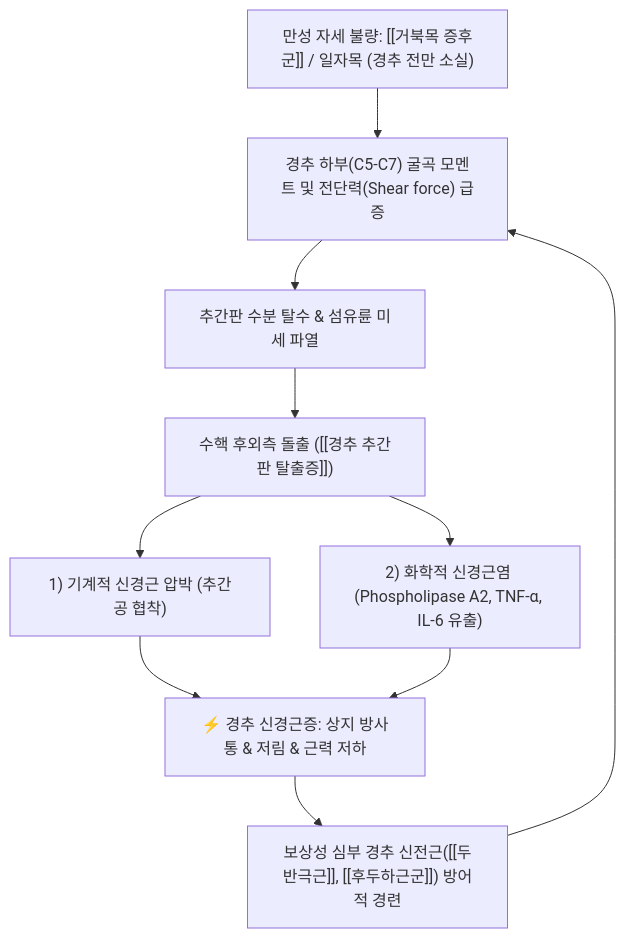
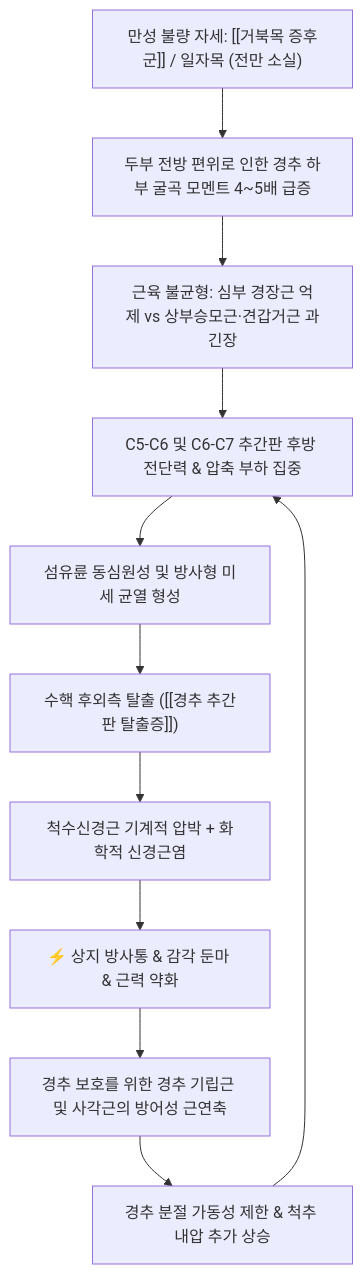
One commit to simbio11/simbio-digital-garden2 changed the second of 3 diagrams in content/3. 이론 공부/질환/근골격계 질환/척추/경추 추간판 탈출증.md. Above: the diagram before and after it, drawn with Mermaid. The commit also changed other lines of this file and 350 other files, not shown here.

````diff
--- a/content/3. 이론 공부/질환/근골격계 질환/척추/경추 추간판 탈출증.md
+++ b/content/3. 이론 공부/질환/근골격계 질환/척추/경추 추간판 탈출증.md
@@ -70,12 +138,13 @@
 ```mermaid
-graph TD
-    ForwardHead["만성 자세 불량: [[거북목 증후군]] / 일자목 (경추 전만 소실)"] --> Shear["경추 하부(C5-C7) 굴곡 모멘트 및 전단력(Shear force) 급증"]
-    Shear --> Degeneration["추간판 수분 탈수 & 섬유륜 미세 파열"]
-    Degeneration --> Herniation["수핵 후외측 돌출 ([[경추 추간판 탈출증]])"]
-    Herniation --> Mechanical["1) 기계적 신경근 압박 (추간공 협착)"]
-    Herniation --> Chemical["2) 화학적 신경근염 (Phospholipase A2, TNF-α, IL-6 유출)"]
-    Mechanical --> Radiculopathy["⚡ 경추 신경근증: 상지 방사통 & 저림 & 근력 저하"]
-    Chemical --> Radiculopathy
-    Radiculopathy --> Spasm["보상성 심부 경추 신전근([[두반극근]], [[후두하근군]]) 방어적 경련"]
-    Spasm --> Shear
+flowchart TD
+  FHP["만성 불량 자세: [[거북목 증후군]] / 일자목 (전만 소실)"] --> Moment["두부 전방 편위로 인한 경추 하부 굴곡 모멘트 4~5배 급증"]
+  Moment --> Imbalance["근육 불균형: 심부 경장근 억제 vs 상부승모근·견갑거근 과긴장"]
+  Imbalance --> Shear["C5-C6 및 C6-C7 추간판 후방 전단력 & 압축 부하 집중"]
+  Shear --> AnnularTear["섬유륜 동심원성 및 방사형 미세 균열 형성"]
+  AnnularTear --> Herniation["수핵 후외측 탈출 ([[경추 추간판 탈출증]])"]
+  Herniation --> NerveIrritation["척수신경근 기계적 압박 + 화학적 신경근염"]
+  NerveIrritation --> Radiculopathy["⚡ 상지 방사통 & 감각 둔마 & 근력 약화"]
+  Radiculopathy --> MuscleSpasm["경추 보호를 위한 경추 기립근 및 사각근의 방어성 근연축"]
+  MuscleSpasm --> Fixation["경추 분절 가동성 제한 & 척추 내압 추가 상승"]
+  Fixation --> Shear
 ```
````
